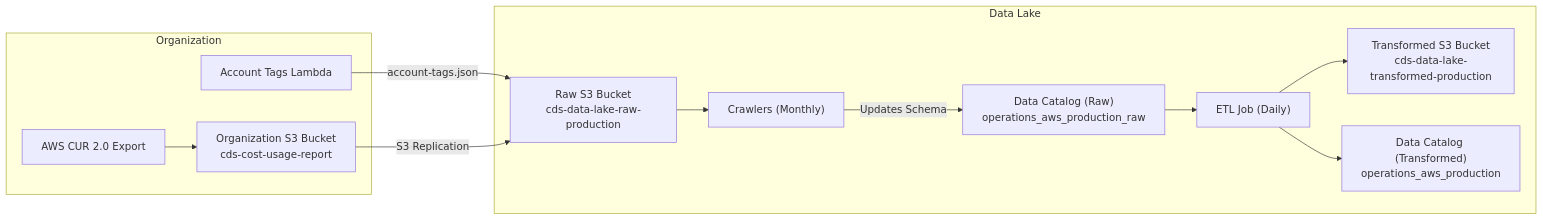
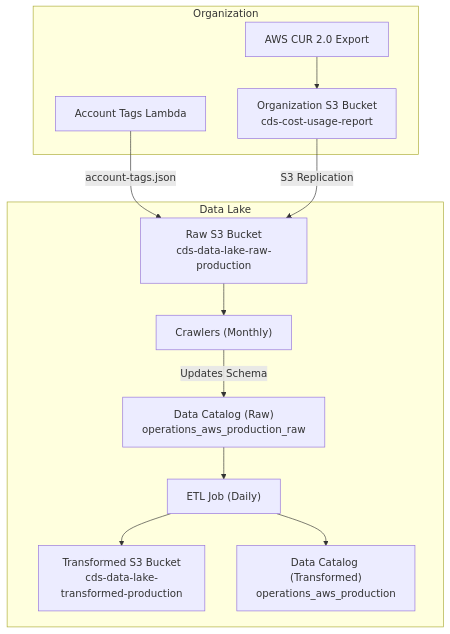
The diagram in docs/data/pipelines/operations/aws/cost-and-usage-report.md (cds-snc/data-lake), drawn with Mermaid before and after one commit. The commit also changed other lines of this file, not shown here.

Commit message:
fix: consistent spelling of catalog

````diff
--- a/docs/data/pipelines/operations/aws/cost-and-usage-report.md
+++ b/docs/data/pipelines/operations/aws/cost-and-usage-report.md
@@ -8,34 +8,34 @@
 ```mermaid
-graph LR
+graph TD
     %% Source Systems
     CUR[AWS CUR 2.0 Export]
     Lambda[Account Tags Lambda]
     
     %% Storage
     OrgS3[Organization S3 Bucket<br/>cds-cost-usage-report]
     RawS3[Raw S3 Bucket<br/>cds-data-lake-raw-production]
     TransS3[Transformed S3 Bucket<br/>cds-data-lake-transformed-production]
     
     %% Processing
     Crawlers["Crawlers (Monthly)"]
     CatalogRaw["Data Catalog (Raw)<br/>operations_aws_production_raw"]
     CatalogTransformed["Data Catalog (Transformed)<br/>operations_aws_production"]
     ETL["ETL Job (Daily)"]
 
     %% Flow
     subgraph org[Organization]
         CUR --> OrgS3
         Lambda
     end
 
     Lambda --> |account-tags.json|RawS3
     OrgS3 --> |S3 Replication|RawS3
 
     subgraph datalake[Data Lake]
         RawS3 --> Crawlers
         Crawlers --> |Updates Schema|CatalogRaw
         CatalogRaw --> ETL
         ETL --> TransS3
         ETL --> CatalogTransformed
     end
 ```
````
